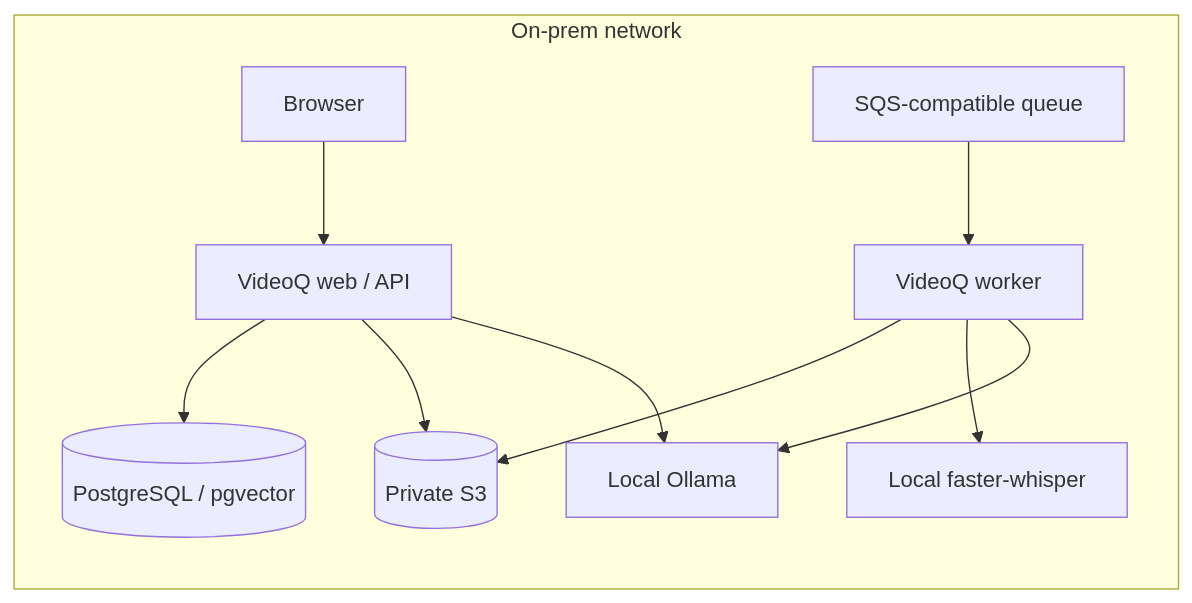
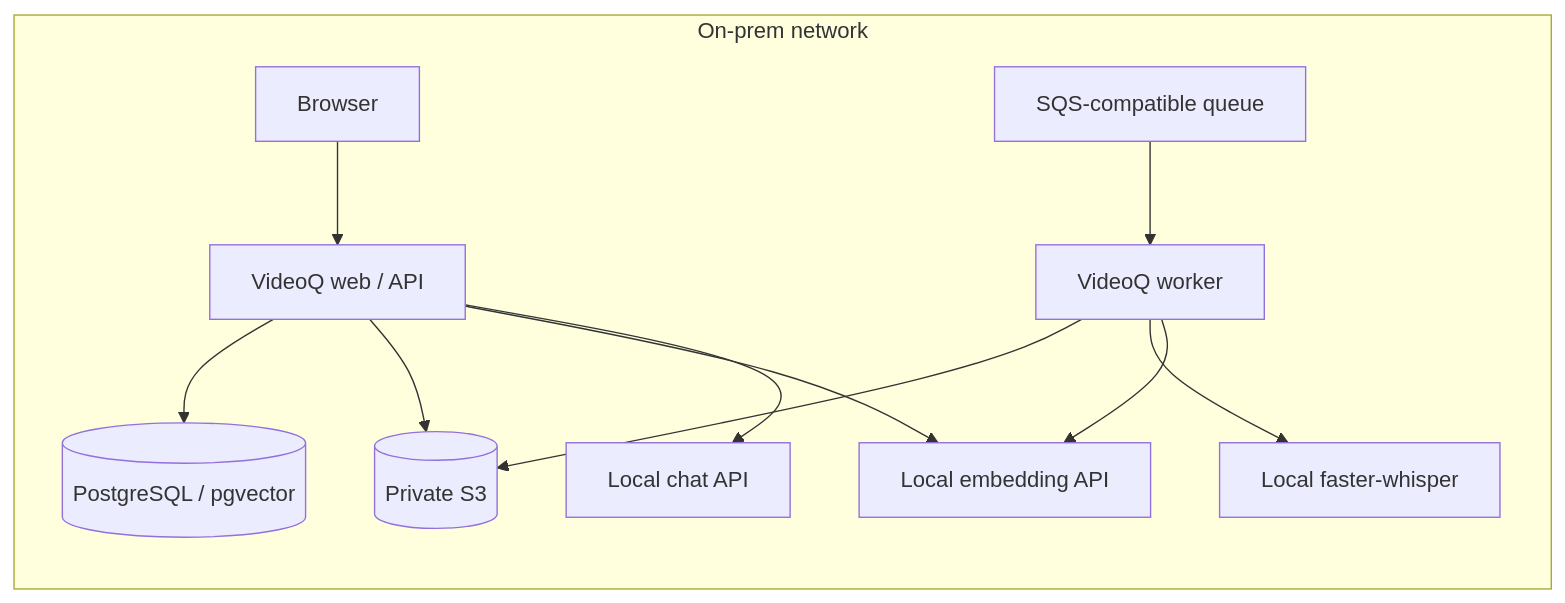
One commit to yukiharada1228/videoq changed the diagram in charts/videoq-inference/README.md. Above: the diagram before and after it, drawn with Mermaid. The commit also changed other lines of this file and 35 other files, not shown here.

````diff
--- a/charts/videoq-inference/README.md
+++ b/charts/videoq-inference/README.md
@@ -11,13 +11,14 @@
 ```mermaid
 flowchart LR
     subgraph Site[On-prem network]
       Browser --> Web[VideoQ web / API]
       Web --> DB[(PostgreSQL / pgvector)]
       Web --> Store[(Private S3)]
       Queue[SQS-compatible queue] --> Worker[VideoQ worker]
       Worker --> Store
       Worker --> Whisper[Local faster-whisper]
-      Worker --> Ollama[Local Ollama]
-      Web --> Ollama
+      Worker --> Embedding[Local embedding API]
+      Web --> Embedding
+      Web --> LLM[Local chat API]
     end
 ```
````
